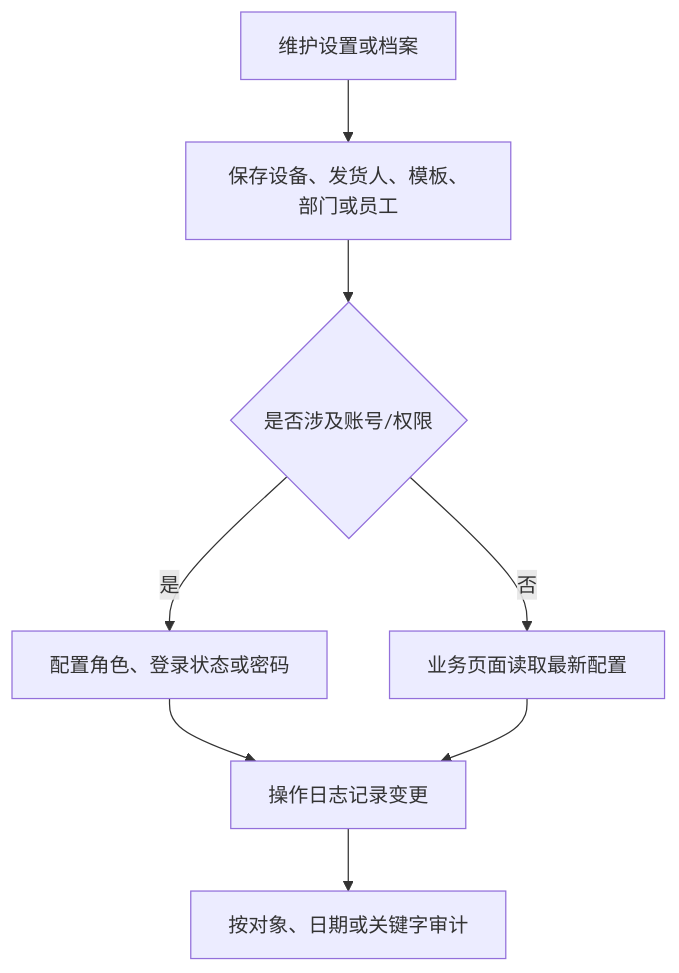
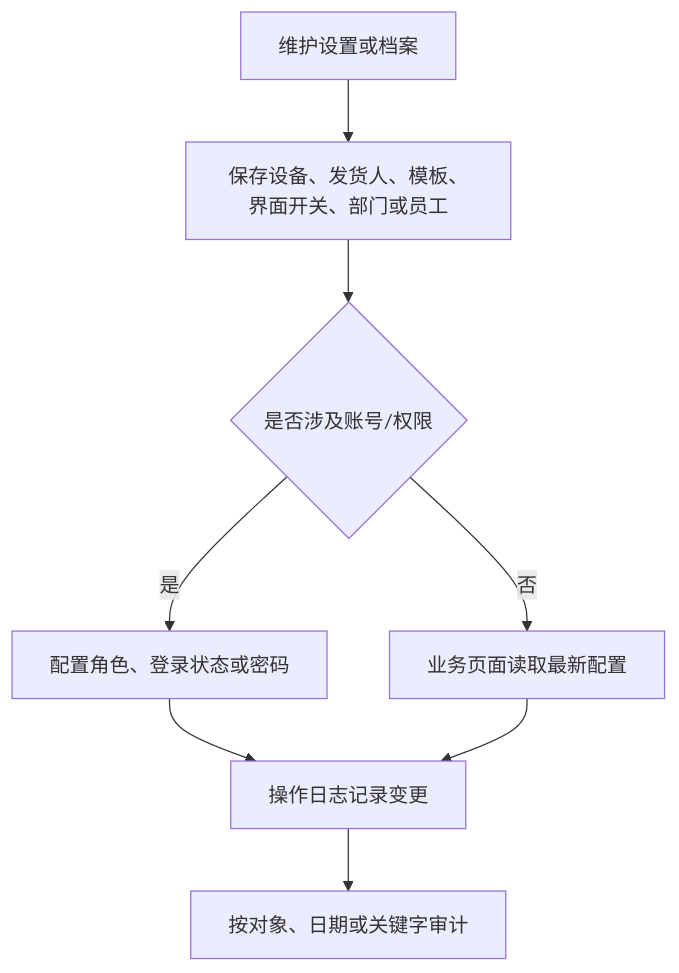
Before and after one commit to Backstage2539/KFerp: the diagram in OP_MANUAL_SETTINGS_AUDIT.md, drawn with Mermaid. The commit also changed other lines of this file and 25 other files, not shown here.

````diff
--- a/OP_MANUAL_SETTINGS_AUDIT.md
+++ b/OP_MANUAL_SETTINGS_AUDIT.md
@@ -12,10 +12,10 @@
 ```mermaid
 flowchart TD
-  A["维护设置或档案"] --> B["保存设备、发货人、模板、部门或员工"]
+  A["维护设置或档案"] --> B["保存设备、发货人、模板、界面开关、部门或员工"]
   B --> C{"是否涉及账号/权限"}
   C -->|是| D["配置角色、登录状态或密码"]
   C -->|否| E["业务页面读取最新配置"]
   D --> F["操作日志记录变更"]
   E --> F
   F --> G["按对象、日期或关键字审计"]
 ```
````
